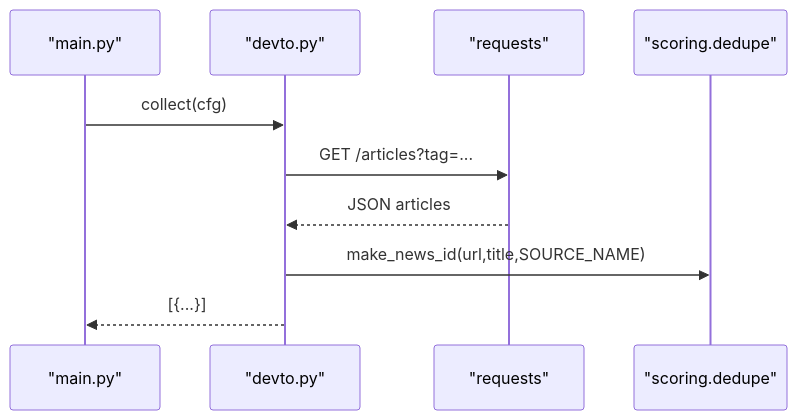
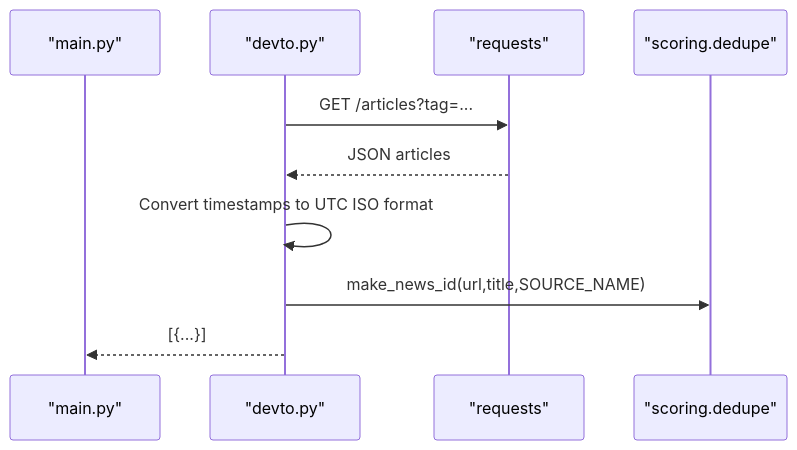
The fifth of 7 diagrams in .qoder/repowiki/en/content/Content Collection System/Content Collection System.md (shakthi-vinayak/news), drawn with Mermaid before and after one commit. The commit also changed other lines of this file and 37 other files, not shown here.

````diff
--- a/.qoder/repowiki/en/content/Content Collection System/Content Collection System.md
+++ b/.qoder/repowiki/en/content/Content Collection System/Content Collection System.md
@@ -167,12 +214,12 @@
 ```mermaid
 sequenceDiagram
 participant Main as "main.py"
 participant Devto as "devto.py"
 participant HTTP as "requests"
 participant Dedup as "scoring.dedupe"
-Main->>Devto : collect(cfg)
 Devto->>HTTP : GET /articles?tag=...
 HTTP-->>Devto : JSON articles
+Devto->>Devto : Convert timestamps to UTC ISO format
 Devto->>Dedup : make_news_id(url,title,SOURCE_NAME)
 Devto-->>Main : [{...}]
 ```
````
